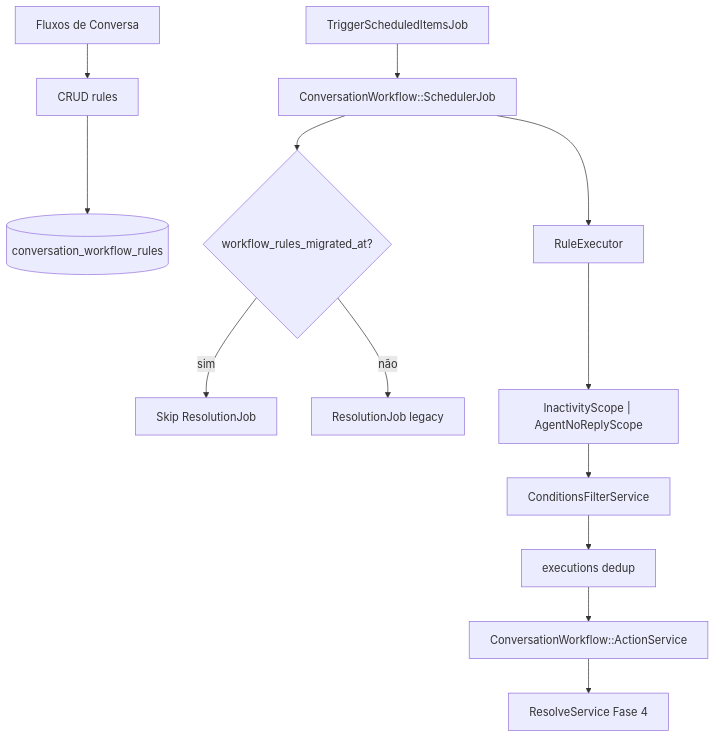
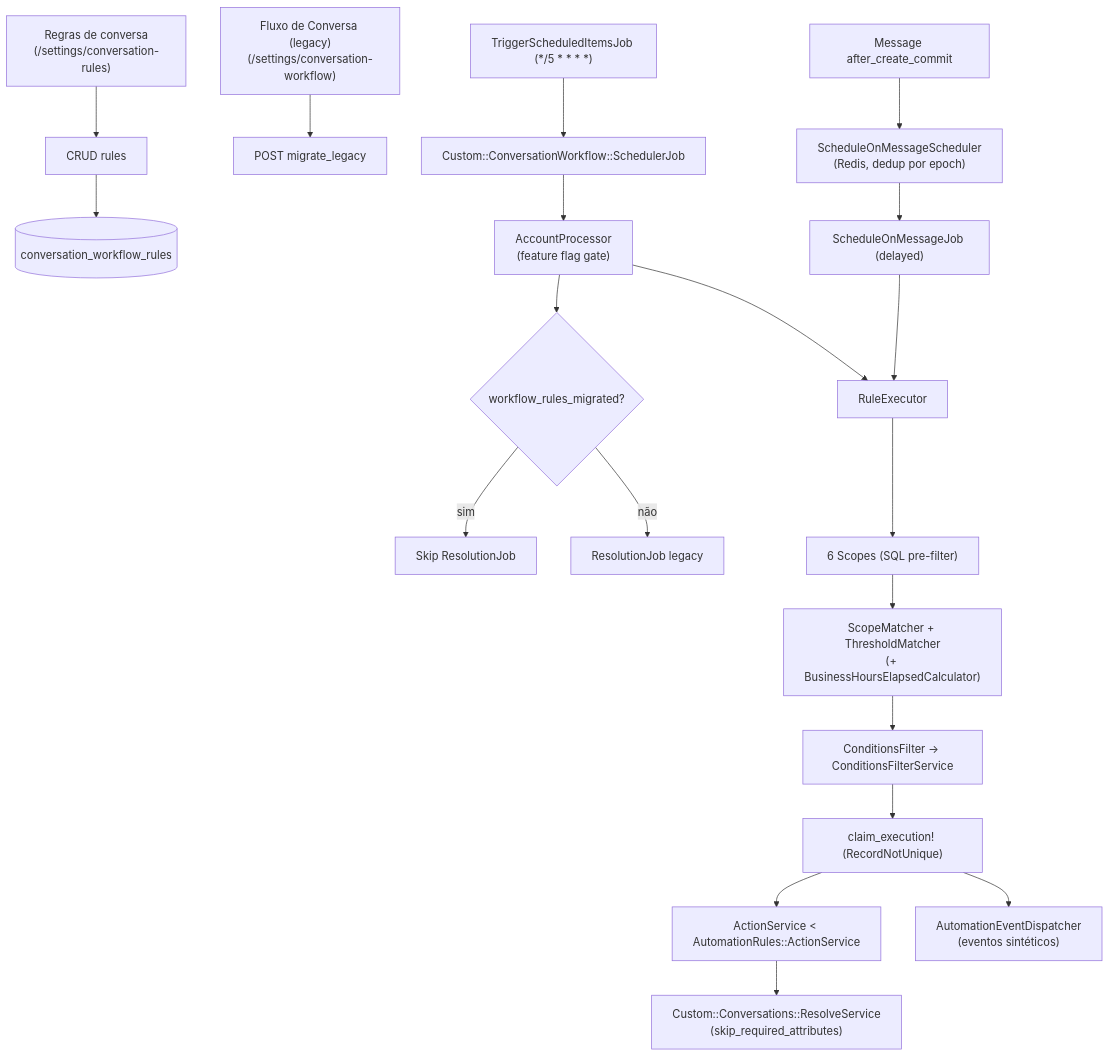
One commit to cesar-carlos/chatwoot changed the diagram in doc/feature/conversation-workflow-rules/implementation-plan.md. Above: the diagram before and after it, drawn with Mermaid. The commit also changed other lines of this file and 2 other files, not shown here.

First line of the commit message:
docs(conversation-workflow): align implementation docs with current code

````diff
--- a/doc/feature/conversation-workflow-rules/implementation-plan.md
+++ b/doc/feature/conversation-workflow-rules/implementation-plan.md
@@ -62,15 +62,22 @@
 ```mermaid
 flowchart TB
-  UI["Fluxos de Conversa"] --> API["CRUD rules"]
+  UI1["Regras de conversa\n(/settings/conversation-rules)"] --> API["CRUD rules"]
+  UI2["Fluxo de Conversa (legacy)\n(/settings/conversation-workflow)"] --> MIGRATE["POST migrate_legacy"]
   API --> DB[(conversation_workflow_rules)]
-  CRON["TriggerScheduledItemsJob"] --> SCH["ConversationWorkflow::SchedulerJob"]
-  SCH --> LEGACY{workflow_rules_migrated_at?}
+  CRON["TriggerScheduledItemsJob (*/5 * * * *)"] --> SCH["Custom::ConversationWorkflow::SchedulerJob"]
+  MSG["Message after_create_commit"] --> SMS["ScheduleOnMessageScheduler\n(Redis, dedup por epoch)"]
+  SMS --> SMJOB["ScheduleOnMessageJob (delayed)"]
+  SCH --> AP["AccountProcessor\n(feature flag gate)"]
+  SMJOB --> EXEC
+  AP --> LEGACY{workflow_rules_migrated?}
   LEGACY -->|sim| SKIP[Skip ResolutionJob]
   LEGACY -->|não| OLD[ResolutionJob legacy]
-  SCH --> EXEC["RuleExecutor"]
-  EXEC --> SCOPE["InactivityScope | AgentNoReplyScope"]
-  SCOPE --> COND["ConditionsFilterService"]
-  COND --> DEDUP["executions dedup"]
-  DEDUP --> ACT["ConversationWorkflow::ActionService"]
-  ACT --> RES["ResolveService Fase 4"]
+  AP --> EXEC["RuleExecutor"]
+  EXEC --> SCOPE["6 Scopes (SQL pre-filter)"]
+  SCOPE --> MATCH["ScopeMatcher + ThresholdMatcher\n(+ BusinessHoursElapsedCalculator)"]
+  MATCH --> COND["ConditionsFilter → ConditionsFilterService"]
+  COND --> DEDUP["claim_execution! (RecordNotUnique)"]
+  DEDUP --> ACT["ActionService < AutomationRules::ActionService"]
+  ACT --> RES["Custom::Conversations::ResolveService\n(skip_required_attributes)"]
+  DEDUP --> DISP["AutomationEventDispatcher\n(eventos sintéticos)"]
 ```
````
